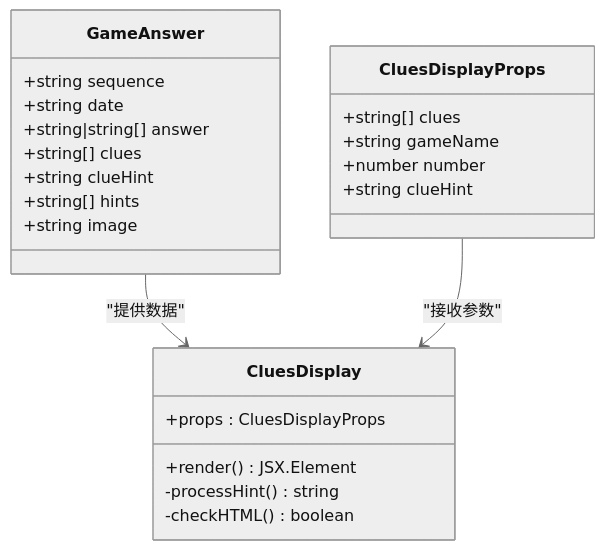
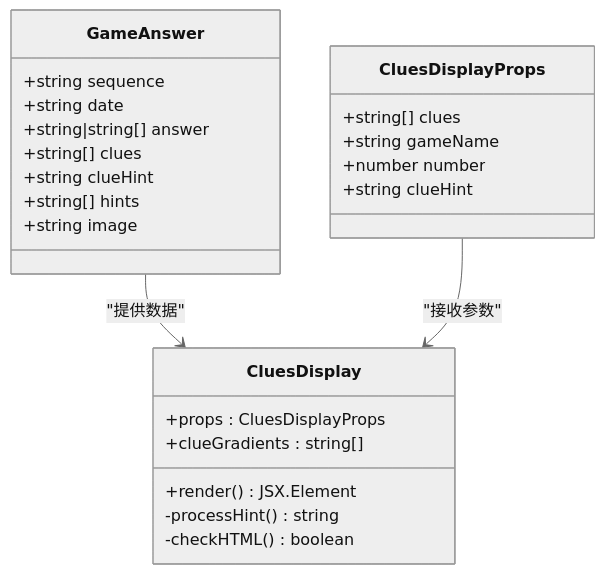
One commit to billychou/linkedin-answer changed the third of 9 diagrams in .qoder/repowiki/zh/content/核心功能模块/游戏组件系统/CluesDisplay 线索显示组件.md. Above: the diagram before and after it, drawn with Mermaid (neutral theme). The commit also changed other lines of this file and 10 other files, not shown here.

````diff
--- a/.qoder/repowiki/zh/content/核心功能模块/游戏组件系统/CluesDisplay 线索显示组件.md
+++ b/.qoder/repowiki/zh/content/核心功能模块/游戏组件系统/CluesDisplay 线索显示组件.md
@@ -141,26 +147,27 @@
 ```mermaid
 classDiagram
 class GameAnswer {
 +string sequence
 +string date
 +string|string[] answer
 +string[] clues
 +string clueHint
 +string[] hints
 +string image
 }
 class CluesDisplayProps {
 +string[] clues
 +string gameName
 +number number
 +string clueHint
 }
 class CluesDisplay {
 +props : CluesDisplayProps
 +render() JSX.Element
++clueGradients : string[]
 -processHint() string
 -checkHTML() boolean
 }
 GameAnswer --> CluesDisplay : "提供数据"
 CluesDisplayProps --> CluesDisplay : "接收参数"
 ```
````
